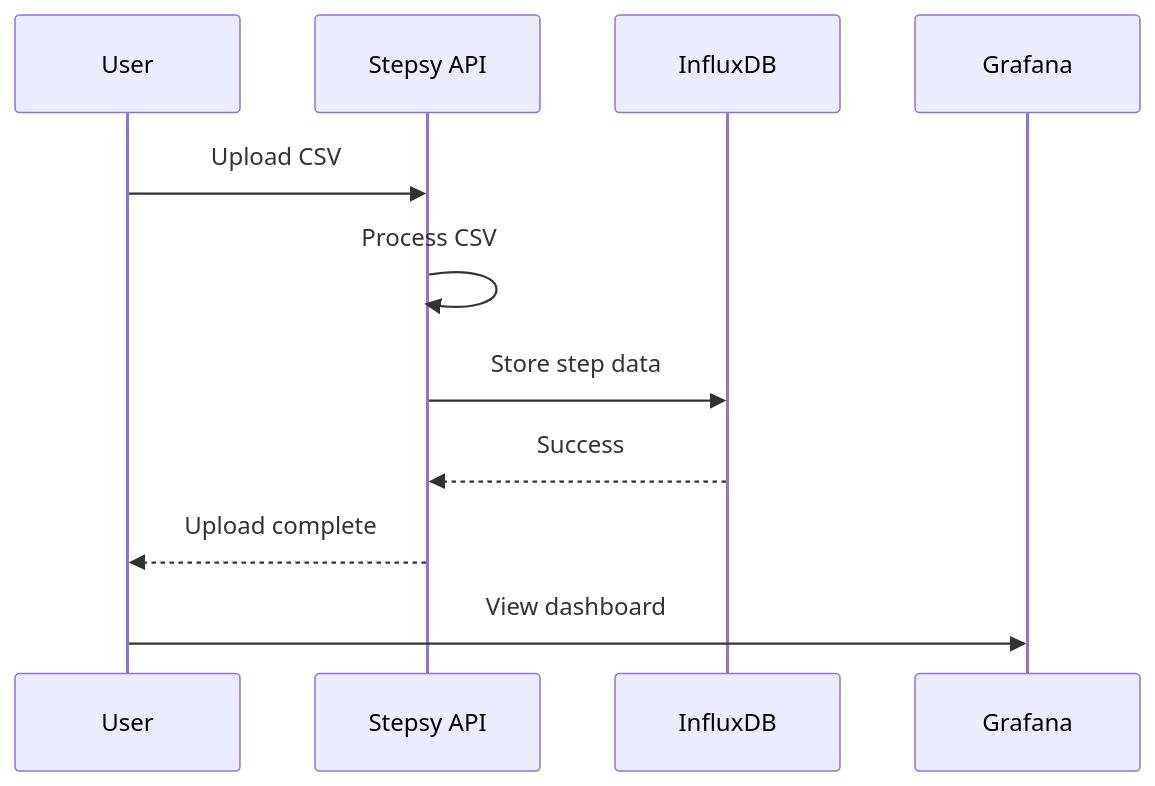
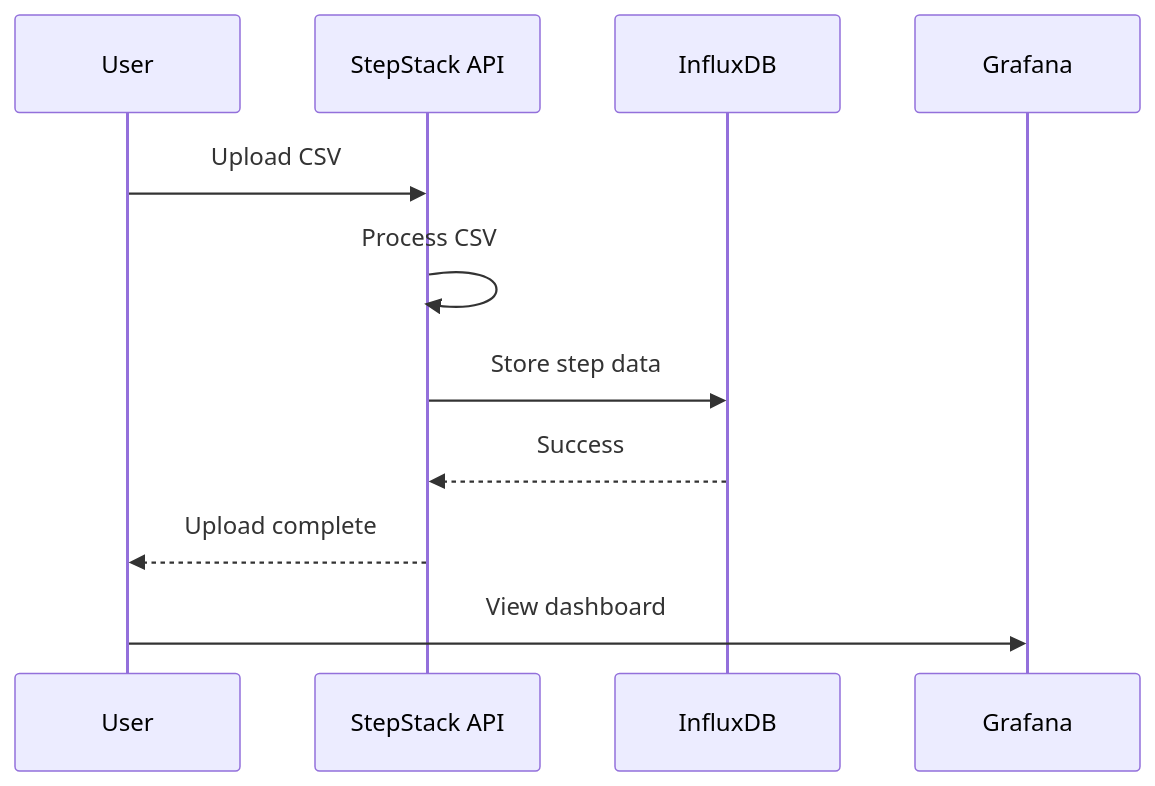
One commit to nikoswu/StepStack changed the third of 5 diagrams in README.md. Above: the diagram before and after it, drawn with Mermaid. The commit also changed other lines of this file and 16 other files, not shown here.

Commit message:
Rename project from Stepsy to StepStack

````diff
--- a/README.md
+++ b/README.md
@@ -175,14 +175,14 @@
 ```mermaid
 sequenceDiagram
     participant U as User
-    participant A as Stepsy API
+    participant A as StepStack API
     participant I as InfluxDB
     participant G as Grafana
 
     U->>A: Upload CSV
     A->>A: Process CSV
     A->>I: Store step data
     I-->>A: Success
     A-->>U: Upload complete
     U->>G: View dashboard
 ```
````
